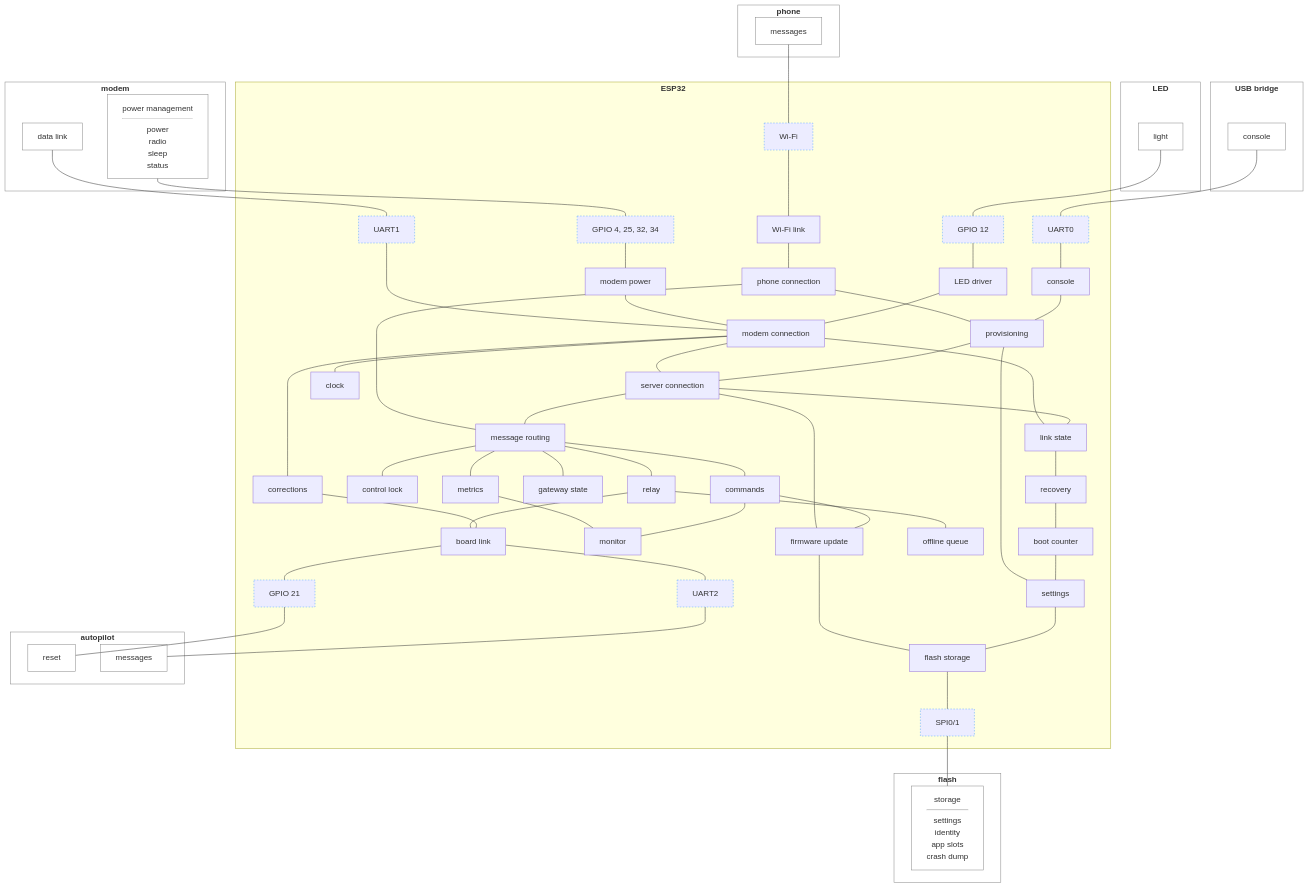
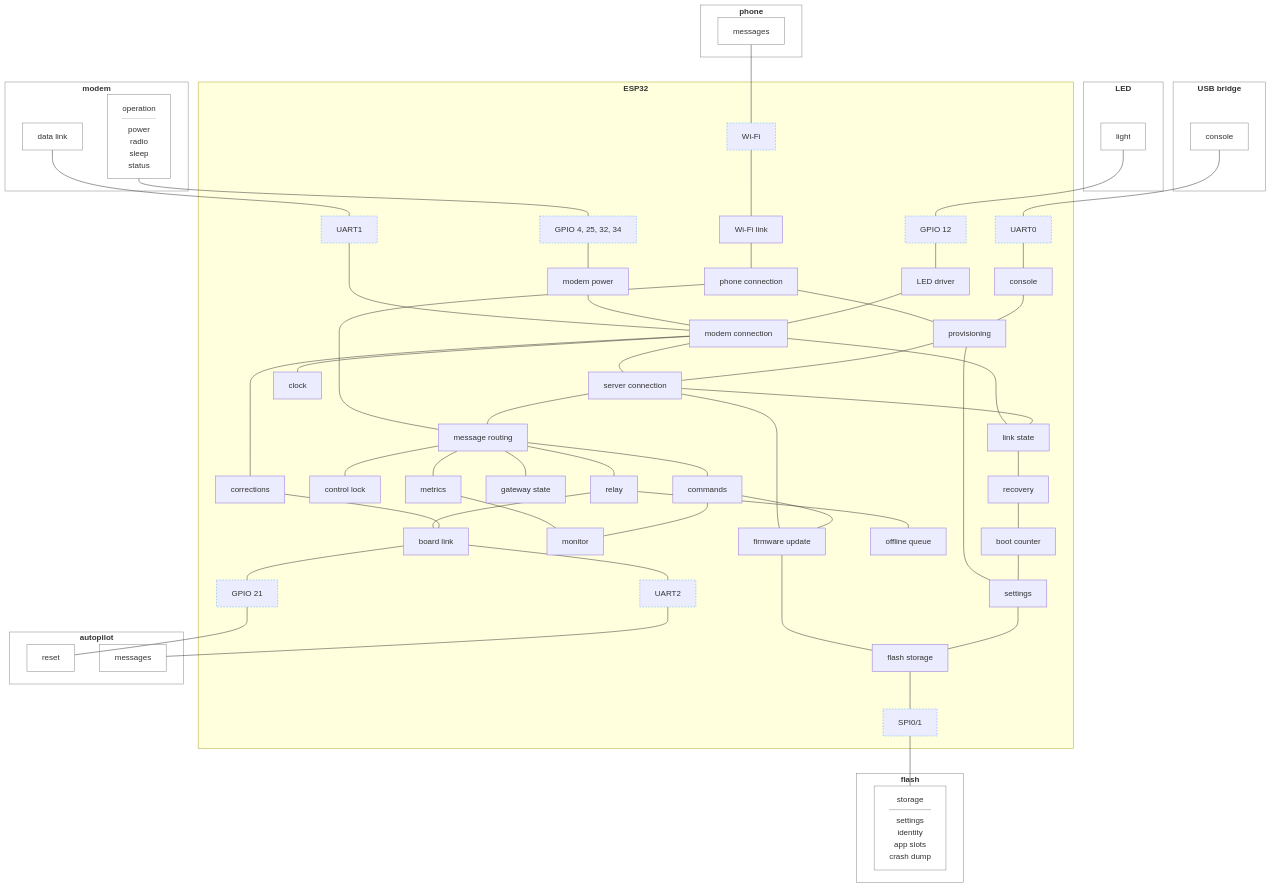
The diagram in .esp-architecture/diagrams/block-draft.md (rmx-lt/rmx-mower-gateway), drawn with Mermaid before and after one commit.

Commit message:
Draft: one-word group title

````diff
--- a/.esp-architecture/diagrams/block-draft.md
+++ b/.esp-architecture/diagrams/block-draft.md
@@ -5,7 +5,7 @@
 ```mermaid
 flowchart TD
   subgraph modem["<b>modem</b>"]
-    mctl["power management<hr/>power<br/>radio<br/>sleep<br/>status"]
+    mctl["operation<hr/>power<br/>radio<br/>sleep<br/>status"]
     mdata["data link"]
   end
   subgraph led["<b>LED</b>"]
````
